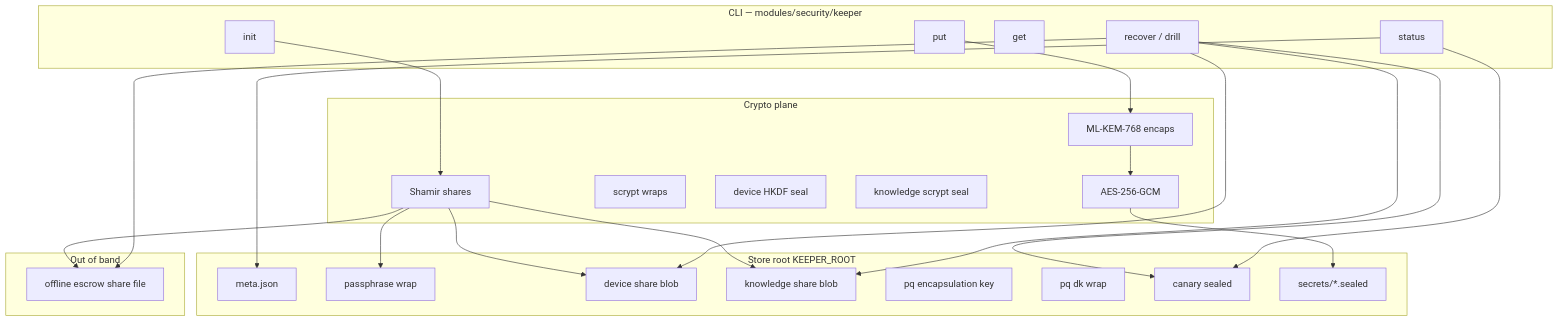
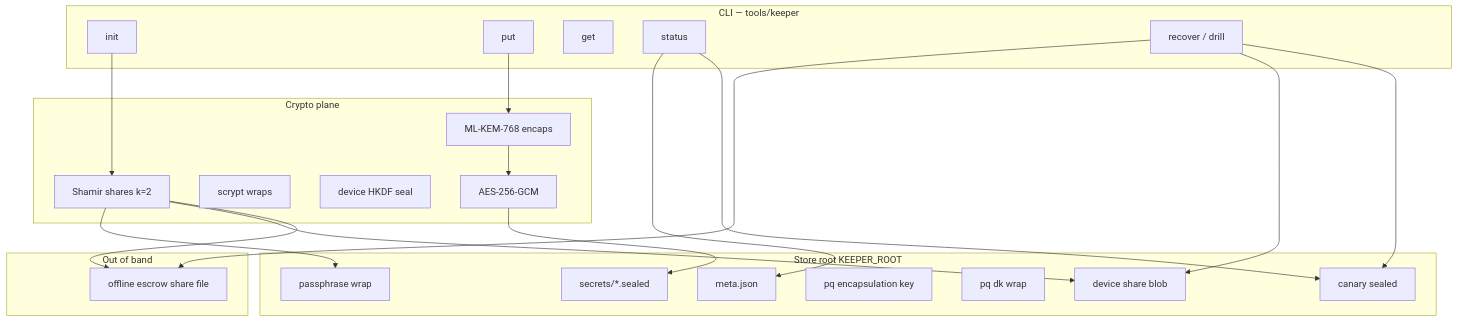
The third of 7 diagrams in arch-design/keeper.md (p10ns11y/arch-machine), drawn with Mermaid before and after one commit. The commit also changed other lines of this file and 35 other files, not shown here.

First line of the commit message:
feat: tools/keeper production path + groxy Neovim ACP stdio extras (#33)

````diff
--- a/arch-design/keeper.md
+++ b/arch-design/keeper.md
@@ -97,45 +100,41 @@
 ```mermaid
 flowchart TB
-  subgraph cli["CLI — modules/security/keeper"]
+  subgraph cli["CLI — tools/keeper"]
     Init[init]
     Put[put]
     Get[get]
     Status[status]
     Recover[recover / drill]
   end
   subgraph crypto["Crypto plane"]
-    Shamir[Shamir shares]
+    Shamir[Shamir shares k=2]
     Scrypt[scrypt wraps]
     DevSeal[device HKDF seal]
-    KnowSeal[knowledge scrypt seal]
     PQ[ML-KEM-768 encaps]
     AEAD[AES-256-GCM]
   end
   subgraph disk["Store root KEEPER_ROOT"]
     Meta[meta.json]
     PassW[passphrase wrap]
     DevB[device share blob]
-    KnowB[knowledge share blob]
     PQek[pq encapsulation key]
     PQdk[pq dk wrap]
     Canary[canary sealed]
     Secs[secrets/*.sealed]
   end
   subgraph outband["Out of band"]
     Escrow[offline escrow share file]
   end
   Init --> Shamir
   Shamir --> PassW
   Shamir --> DevB
-  Shamir --> KnowB
   Shamir --> Escrow
   Put --> PQ
   PQ --> AEAD
   AEAD --> Secs
   Recover --> Escrow
   Recover --> DevB
-  Recover --> KnowB
   Recover --> Canary
   Status --> Meta
   Status --> Canary
 ```
````
